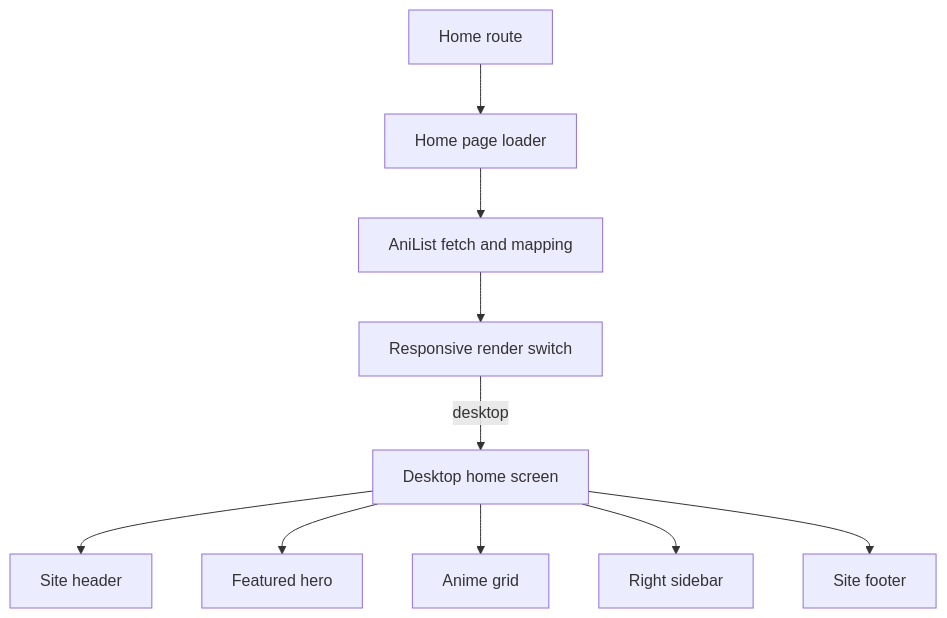
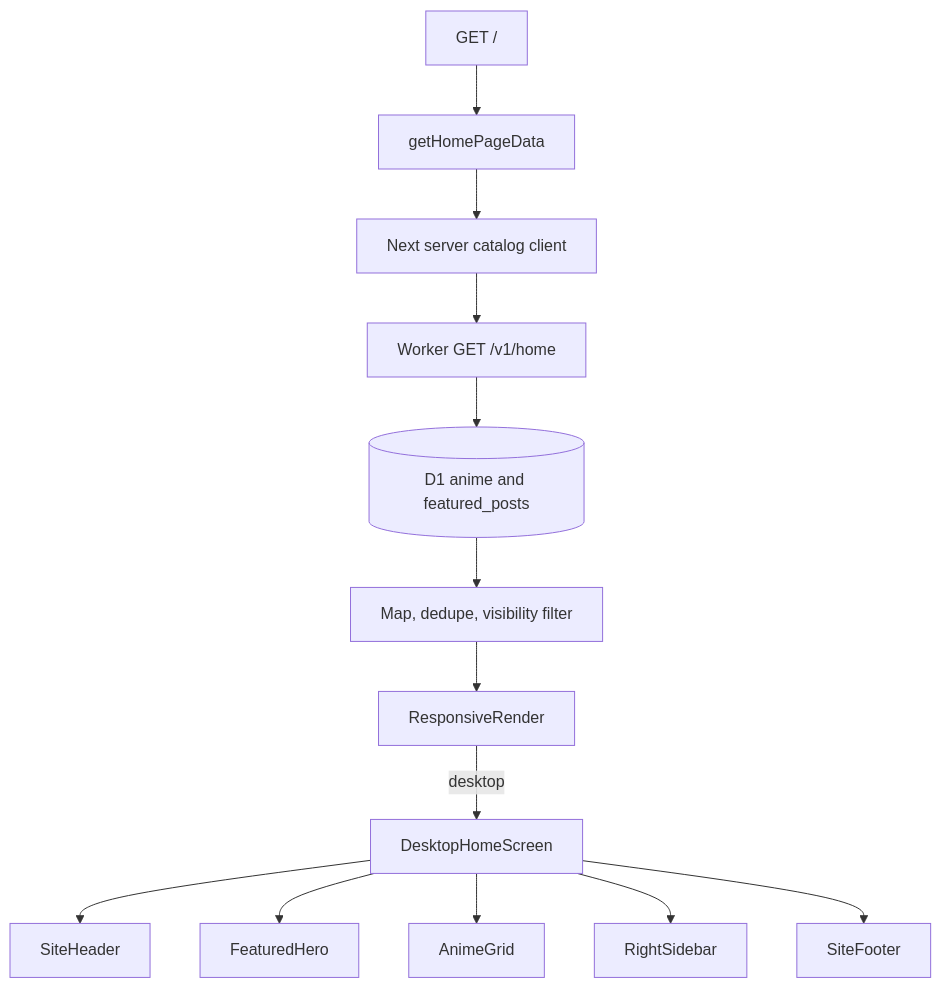
The first of 4 diagrams in docs/desktop-flow.md (xyrusL/rioanimeplay), drawn with Mermaid before and after one commit. The commit also changed other lines of this file and 35 other files, not shown here.

````diff
--- a/docs/desktop-flow.md
+++ b/docs/desktop-flow.md
@@ -13,12 +13,15 @@
 ```mermaid
 flowchart TD
-    A["Home route"] --> B["Home page loader"]
-    B --> C["AniList fetch and mapping"]
-    C --> D["Responsive render switch"]
-    D -->|desktop| E["Desktop home screen"]
-    E --> F["Site header"]
-    E --> G["Featured hero"]
-    E --> H["Anime grid"]
-    E --> I["Right sidebar"]
-    E --> J["Site footer"]
+    A["GET /"] --> B["getHomePageData"]
+    B --> C["Next server catalog client"]
+    C --> D["Worker GET /v1/home"]
+    D --> E[("D1 anime and featured_posts")]
+    E --> F["Map, dedupe, visibility filter"]
+    F --> G["ResponsiveRender"]
+    G -->|desktop| H["DesktopHomeScreen"]
+    H --> I["SiteHeader"]
+    H --> J["FeaturedHero"]
+    H --> K["AnimeGrid"]
+    H --> L["RightSidebar"]
+    H --> M["SiteFooter"]
 ```
````
